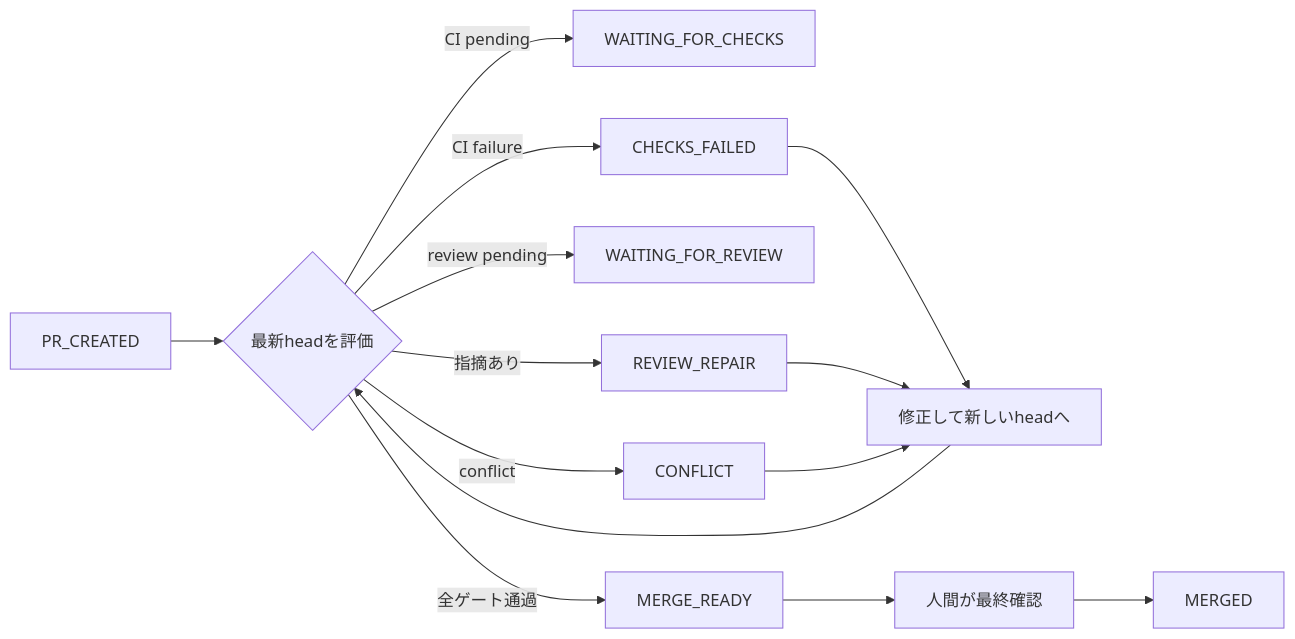
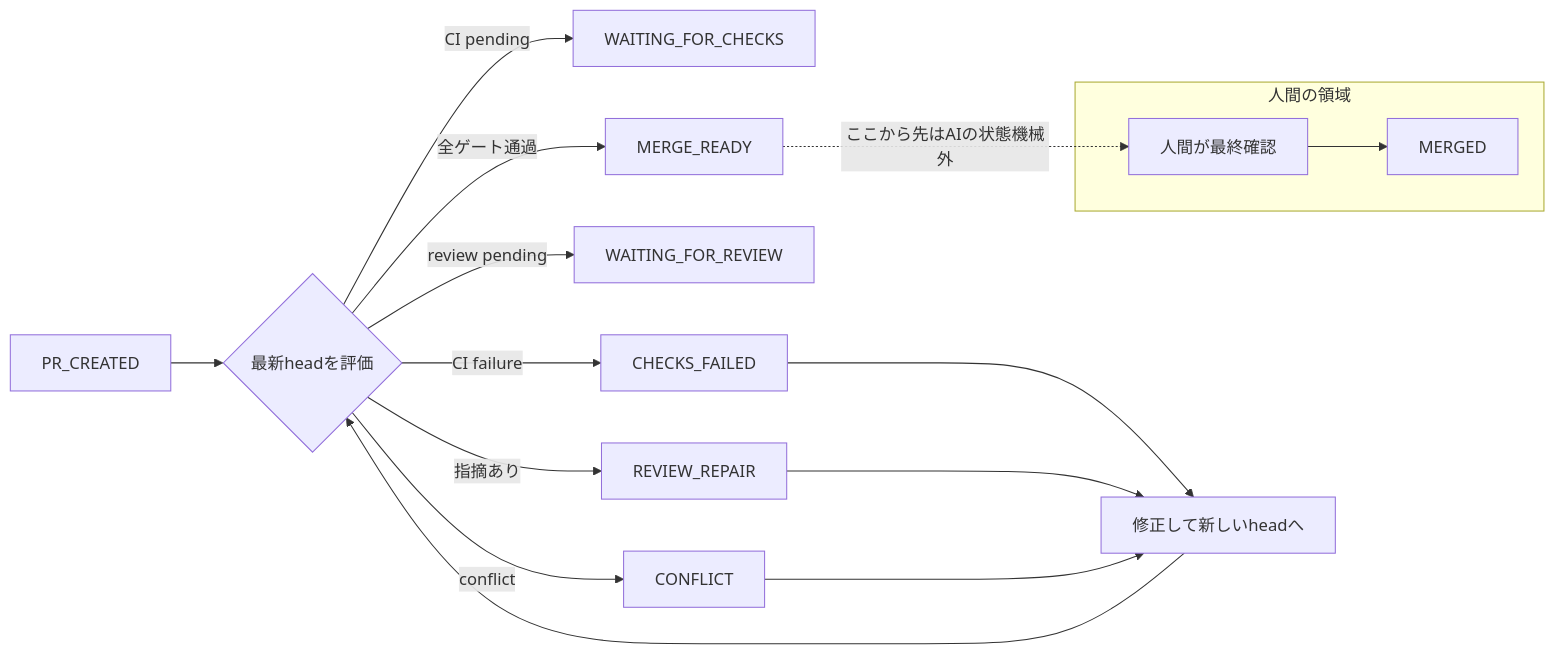
Before and after one commit to s977043/my-blog: the diagram in articles/ai-merge-ready-state-machine.md, drawn with Mermaid. The commit also changed other lines of this file and 1 other file, not shown here.

````diff
--- a/articles/ai-merge-ready-state-machine.md
+++ b/articles/ai-merge-ready-state-machine.md
@@ -108,19 +116,23 @@
 ```mermaid
 flowchart LR
     A[PR_CREATED] --> B{最新headを評価}
 
     B -->|CI pending| C[WAITING_FOR_CHECKS]
     B -->|CI failure| D[CHECKS_FAILED]
     B -->|review pending| E[WAITING_FOR_REVIEW]
     B -->|指摘あり| F[REVIEW_REPAIR]
     B -->|conflict| G[CONFLICT]
 
     D --> H[修正して新しいheadへ]
     F --> H
     G --> H
     H --> B
 
     B -->|全ゲート通過| I[MERGE_READY]
-    I --> J[人間が最終確認]
-    J --> K[MERGED]
+
+    I -.->|ここから先はAIの状態機械外| J
+
+    subgraph human[人間の領域]
+        J[人間が最終確認] --> K[MERGED]
+    end
 ```
````
